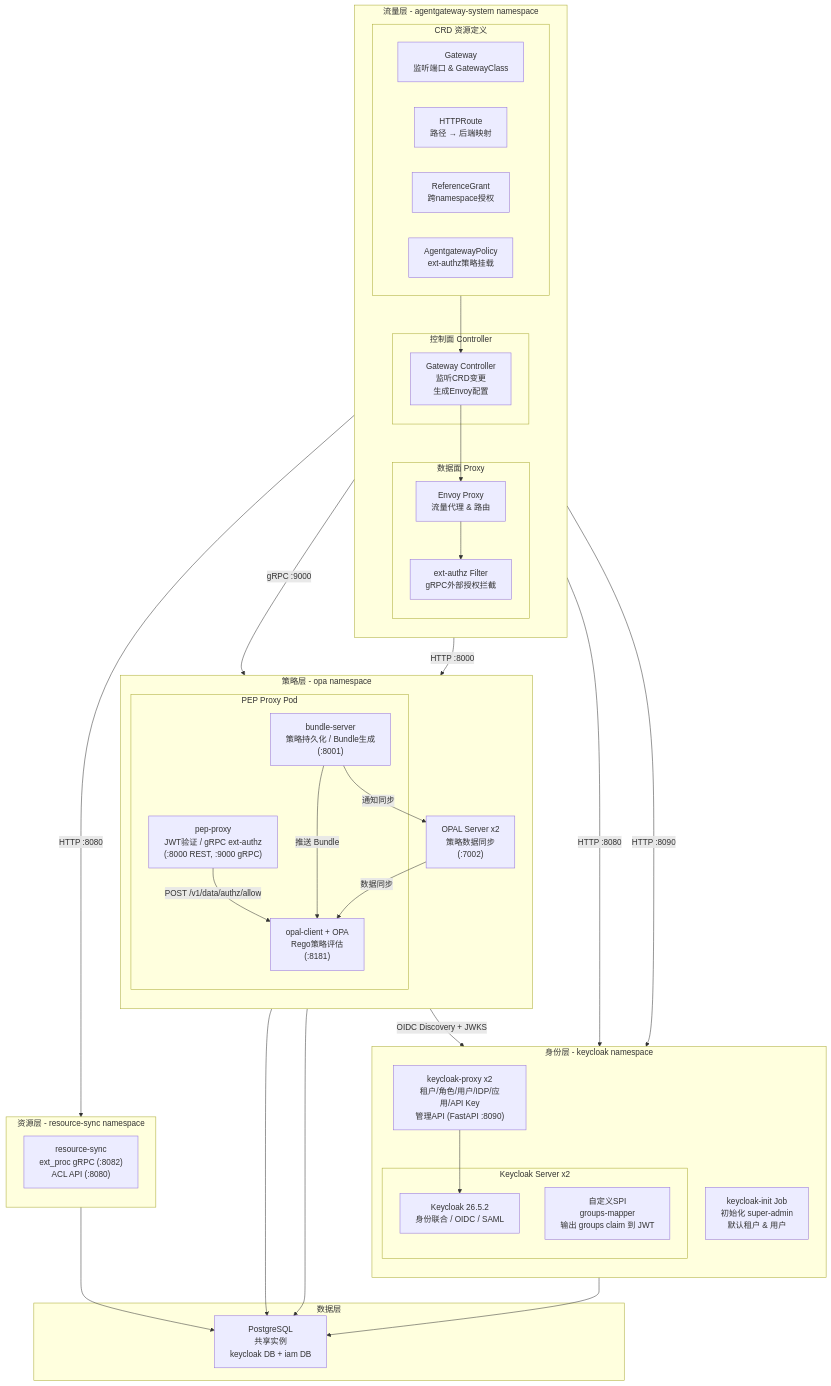
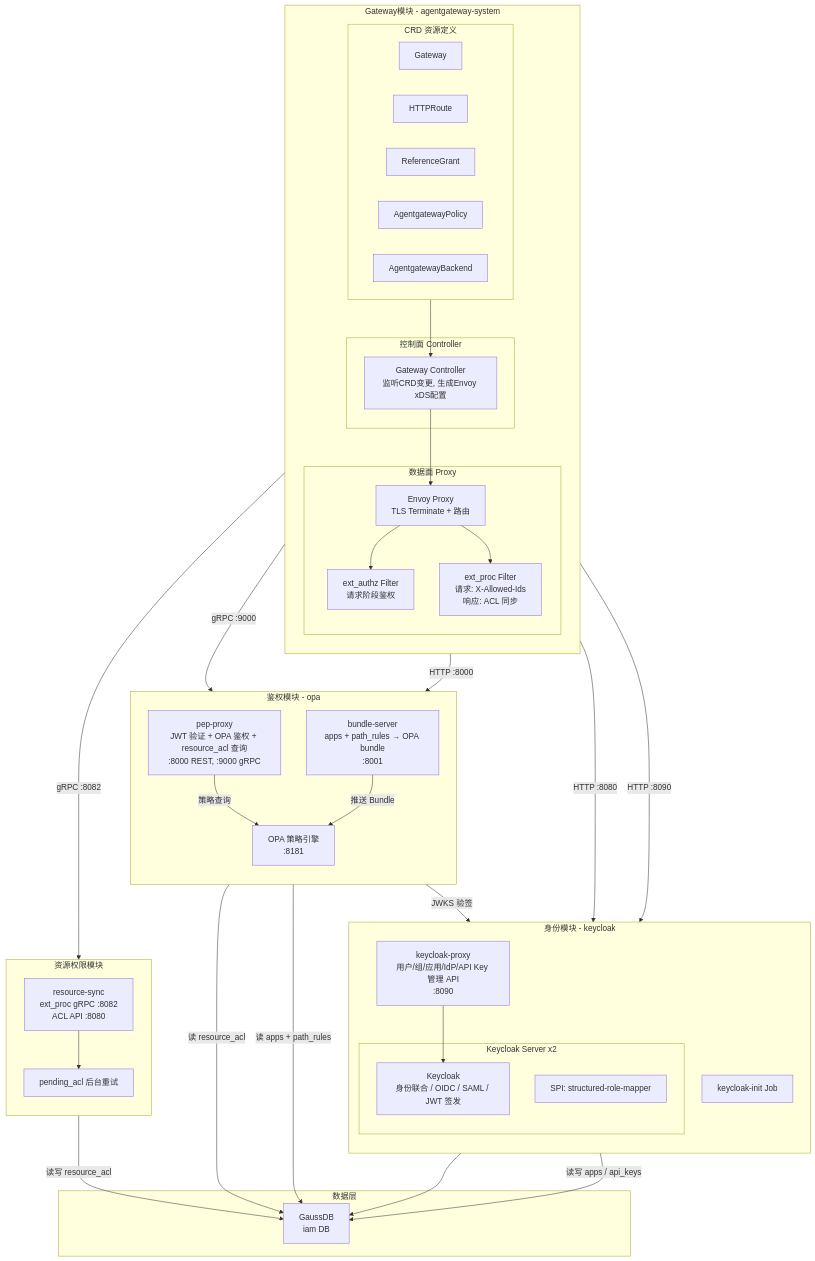
One commit to xiewanchao/aidp-iam changed the eighth of 17 diagrams in da-cluster/docs/design-specification.md. Above: the diagram before and after it, drawn with Mermaid. The commit also changed other lines of this file, not shown here.

First line of the commit message:
docs: update design-specification with v2.0 architecture diagrams

````diff
--- a/da-cluster/docs/design-specification.md
+++ b/da-cluster/docs/design-specification.md
@@ -326,71 +455,72 @@
 ```mermaid
 graph TB
-    subgraph 流量层 - agentgateway-system namespace
+    subgraph Gateway模块 - agentgateway-system
         direction TB
         subgraph CRDs[CRD 资源定义]
-            GW_CRD["Gateway<br/>监听端口 & GatewayClass"]
-            HR_CRD["HTTPRoute<br/>路径 → 后端映射"]
-            RG_CRD["ReferenceGrant<br/>跨namespace授权"]
-            AP_CRD["AgentgatewayPolicy<br/>ext-authz策略挂载"]
+            GW_CRD["Gateway"]
+            HR_CRD["HTTPRoute"]
+            RG_CRD["ReferenceGrant"]
+            AP_CRD["AgentgatewayPolicy"]
+            AB_CRD["AgentgatewayBackend"]
         end
         subgraph 控制面[控制面 Controller]
-            GW_CTRL["Gateway Controller<br/>监听CRD变更<br/>生成Envoy配置"]
+            GW_CTRL["Gateway Controller<br/>监听CRD变更, 生成Envoy xDS配置"]
         end
         subgraph 数据面[数据面 Proxy]
-            ENVOY["Envoy Proxy<br/>流量代理 & 路由"]
-            EXTAUTH_FILTER["ext-authz Filter<br/>gRPC外部授权拦截"]
+            ENVOY["Envoy Proxy<br/>TLS Terminate + 路由"]
+            EXTAUTH["ext_authz Filter<br/>请求阶段鉴权"]
+            EXTPROC["ext_proc Filter<br/>请求: X-Allowed-Ids<br/>响应: ACL 同步"]
         end
     end
 
-    subgraph 身份层 - keycloak namespace
+    subgraph 身份模块 - keycloak
         direction TB
         subgraph KC_Core[Keycloak Server x2]
-            KC["Keycloak 26.5.2<br/>身份联合 / OIDC / SAML"]
-            SPI["自定义SPI<br/>groups-mapper<br/>输出 groups claim 到 JWT"]
+            KC["Keycloak<br/>身份联合 / OIDC / SAML / JWT 签发"]
+            SPI["SPI: structured-role-mapper"]
         end
-        KC_PROXY["keycloak-proxy x2<br/>租户/角色/用户/IDP/应用/API Key<br/>管理API (FastAPI :8090)"]
-        KC_INIT["keycloak-init Job<br/>初始化 super-admin<br/>默认租户 & 用户"]
+        KC_PROXY["keycloak-proxy<br/>用户/组/应用/IdP/API Key 管理 API<br/>:8090"]
+        KC_INIT["keycloak-init Job"]
     end
 
-    subgraph 策略层 - opa namespace
+    subgraph 鉴权模块 - opa
         direction TB
-        subgraph PEP_POD[PEP Proxy Pod]
-            PEP["pep-proxy<br/>JWT验证 / gRPC ext-authz<br/>(:8000 REST, :9000 gRPC)"]
-            BUNDLE["bundle-server<br/>策略持久化 / Bundle生成<br/>(:8001)"]
-            OPA_CLIENT["opal-client + OPA<br/>Rego策略评估<br/>(:8181)"]
-        end
-        OPAL_SRV["OPAL Server x2<br/>策略数据同步<br/>(:7002)"]
+        PEP["pep-proxy<br/>JWT 验证 + OPA 鉴权 + resource_acl 查询<br/>:8000 REST, :9000 gRPC"]
+        BUNDLE["bundle-server<br/>apps + path_rules → OPA bundle<br/>:8001"]
+        OPA_ENGINE["OPA 策略引擎<br/>:8181"]
     end
 
-    subgraph 资源层 - resource-sync namespace
+    subgraph 资源权限模块
         direction TB
-        RSYNC["resource-sync<br/>ext_proc gRPC (:8082)<br/>ACL API (:8080)"]
+        RSYNC["resource-sync<br/>ext_proc gRPC :8082<br/>ACL API :8080"]
+        PENDING["pending_acl 后台重试"]
     end
 
     subgraph 数据层
-        PG["PostgreSQL<br/>共享实例<br/>keycloak DB + iam DB"]
+        PG["GaussDB<br/>iam DB"]
     end
 
     CRDs --> GW_CTRL
     GW_CTRL --> ENVOY
-    ENVOY --> EXTAUTH_FILTER
+    ENVOY --> EXTAUTH
+    ENVOY --> EXTPROC
 
-    EXTAUTH_FILTER -->|gRPC :9000| PEP
-    ENVOY -->|HTTP :8080| KC
-    ENVOY -->|HTTP :8090| KC_PROXY
-    ENVOY -->|HTTP :8000| PEP
+    EXTAUTH -->|"gRPC :9000"| PEP
+    EXTPROC -->|"gRPC :8082"| RSYNC
+    ENVOY -->|"HTTP :8080"| KC
+    ENVOY -->|"HTTP :8090"| KC_PROXY
+    ENVOY -->|"HTTP :8000"| PEP
 
-    PEP -->|POST /v1/data/authz/allow| OPA_CLIENT
-    PEP -->|OIDC Discovery + JWKS| KC
-    BUNDLE -->|推送 Bundle| OPA_CLIENT
-    BUNDLE -->|通知同步| OPAL_SRV
-    OPAL_SRV -->|数据同步| OPA_CLIENT
+    PEP -->|策略查询| OPA_ENGINE
+    PEP -->|JWKS 验签| KC
+    PEP -->|读 resource_acl| PG
+    BUNDLE -->|推送 Bundle| OPA_ENGINE
+    BUNDLE -->|读 apps + path_rules| PG
 
-    ENVOY -->|HTTP :8080| RSYNC
-    RSYNC --> PG
+    RSYNC -->|读写 resource_acl| PG
+    RSYNC --> PENDING
 
     KC --> PG
-    BUNDLE --> PG
-    OPAL_SRV --> PG
     KC_PROXY --> KC
+    KC_PROXY -->|读写 apps / api_keys| PG
 ```
````
